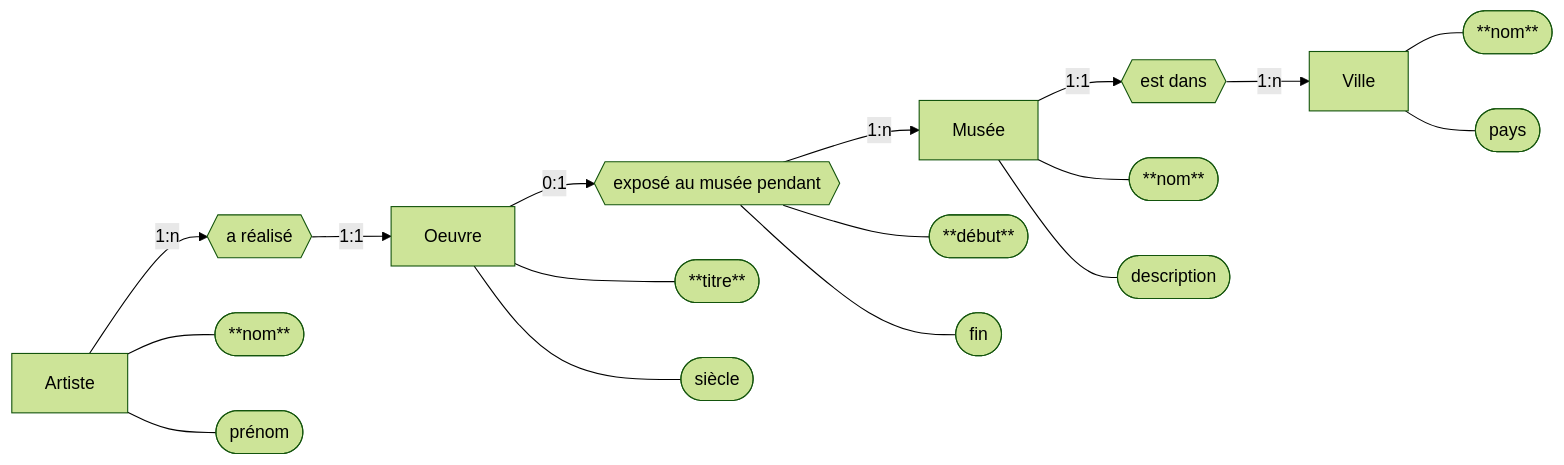
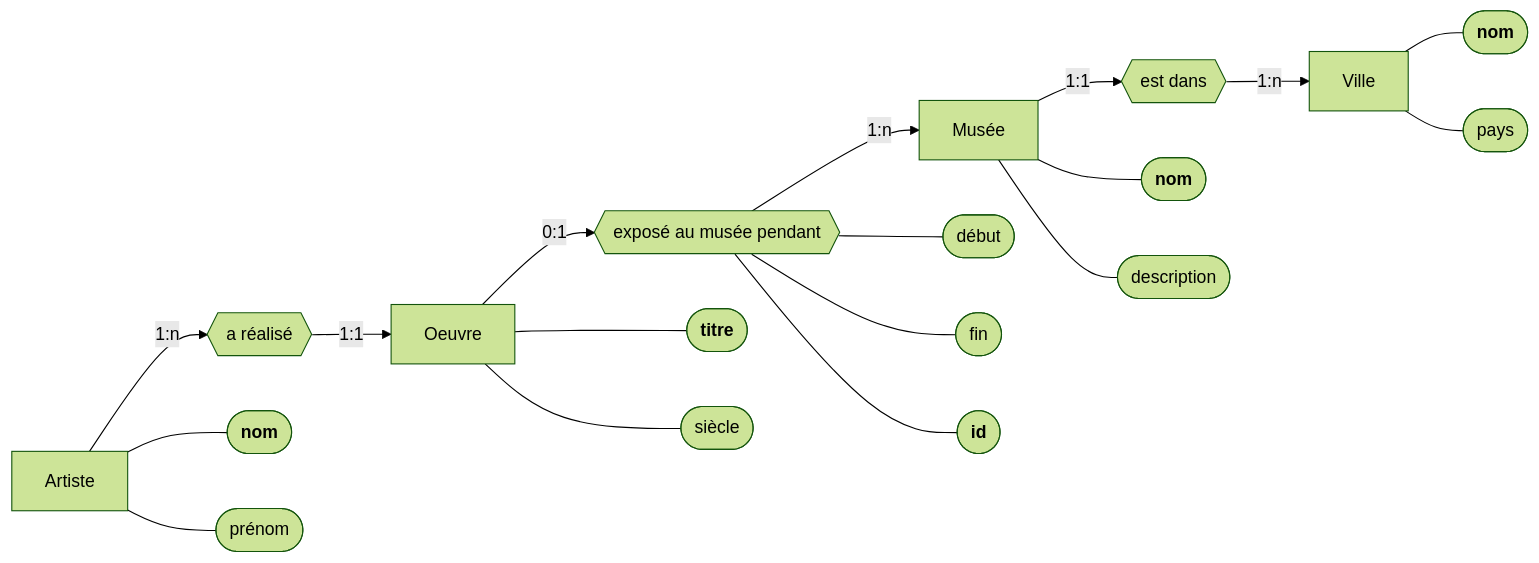
The first of 2 diagrams in base_de_donnee/chapitre_1/exercice_6.md (Atellane/NSI_2023_2024), drawn with Mermaid (forest theme) before and after one commit. The commit also changed other lines of this file and 1 other file, not shown here.

````diff
--- a/base_de_donnee/chapitre_1/exercice_6.md
+++ b/base_de_donnee/chapitre_1/exercice_6.md
@@ -15,36 +22,38 @@
 ```mermaid
 flowchart LR
 EntityClassCity["Ville"]
 EntityClassMuseum["Musée"]
 EntityClassArtwork["Oeuvre"]
 EntityClassArtist["Artiste"]
 AssociationClassIsIn{{"est dans"}}
 AssociationClassExhibitedAtTheMuseumDuring{{"exposé au musée pendant"}}
 AssociationClassHasMade{{"a réalisé"}}
-CityAttribute1(["**nom**"])
+CityAttribute1(["`**nom**`"])
 CityAttribute2(["pays"])
-MuseumAttribute1(["**nom**"])
+MuseumAttribute1(["`**nom**`"])
 MuseumAttribute2(["description"])
-ArtworkAttribute1(["**titre**"])
+ArtworkAttribute1(["`**titre**`"])
 ArtworkAttribute2(["siècle"])
-ArtistAttribute1(["**nom**"])
+ArtistAttribute1(["`**nom**`"])
 ArtistAttribute2(["prénom"])
-ExhibitedAtTheMuseumDuringAttribute1(["**début**"])
+ExhibitedAtTheMuseumDuringAttribute1(["début"])
 ExhibitedAtTheMuseumDuringAttribute2(["fin"])
+ExhibitedAtTheMuseumDuringAttribute3(["`**id**`"])
 EntityClassCity --- CityAttribute1
 EntityClassCity --- CityAttribute2
 EntityClassMuseum --- MuseumAttribute1
 EntityClassMuseum --- MuseumAttribute2
 EntityClassArtwork --- ArtworkAttribute1
 EntityClassArtwork --- ArtworkAttribute2
 EntityClassArtist --- ArtistAttribute1
 EntityClassArtist --- ArtistAttribute2
 AssociationClassExhibitedAtTheMuseumDuring --- ExhibitedAtTheMuseumDuringAttribute1
 AssociationClassExhibitedAtTheMuseumDuring --- ExhibitedAtTheMuseumDuringAttribute2
+AssociationClassExhibitedAtTheMuseumDuring --- ExhibitedAtTheMuseumDuringAttribute3
 EntityClassArtist -- 1:n --> AssociationClassHasMade
 AssociationClassHasMade -- 1:1 --> EntityClassArtwork
 EntityClassArtwork -- 0:1 --> AssociationClassExhibitedAtTheMuseumDuring
 AssociationClassExhibitedAtTheMuseumDuring -- 1:n --> EntityClassMuseum
 EntityClassMuseum -- 1:1 --> AssociationClassIsIn
 AssociationClassIsIn -- 1:n --> EntityClassCity
 ```
````
